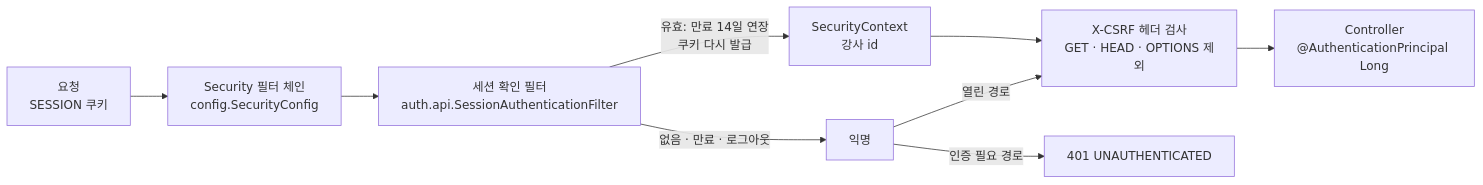
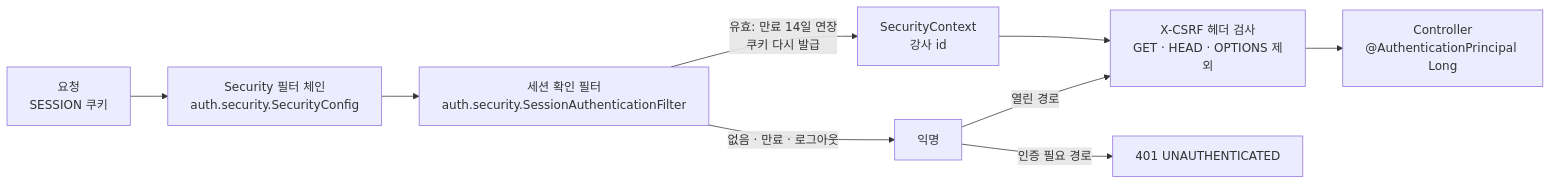
The second of 2 diagrams in docs/architecture/overview.md (Fit-link-v2/FitLink-BE), drawn with Mermaid before and after one commit. The commit also changed other lines of this file and 14 other files, not shown here.

````diff
--- a/docs/architecture/overview.md
+++ b/docs/architecture/overview.md
@@ -65,11 +72,11 @@
 ```mermaid
 flowchart LR
-    req["요청<br/>SESSION 쿠키"] --> chain["Security 필터 체인<br/>config.SecurityConfig"]
-    chain --> filter["세션 확인 필터<br/>auth.api.SessionAuthenticationFilter"]
+    req["요청<br/>SESSION 쿠키"] --> chain["Security 필터 체인<br/>auth.security.SecurityConfig"]
+    chain --> filter["세션 확인 필터<br/>auth.security.SessionAuthenticationFilter"]
     filter -->|"유효: 만료 14일 연장<br/>쿠키 다시 발급"| ctx["SecurityContext<br/>강사 id"]
     filter -->|"없음 · 만료 · 로그아웃"| anon["익명"]
     ctx --> csrf["X-CSRF 헤더 검사<br/>GET · HEAD · OPTIONS 제외"]
     anon -->|"인증 필요 경로"| e401["401 UNAUTHENTICATED"]
     anon -->|"열린 경로"| csrf
     csrf --> ctrl["Controller<br/>@AuthenticationPrincipal Long"]
 ```
````
